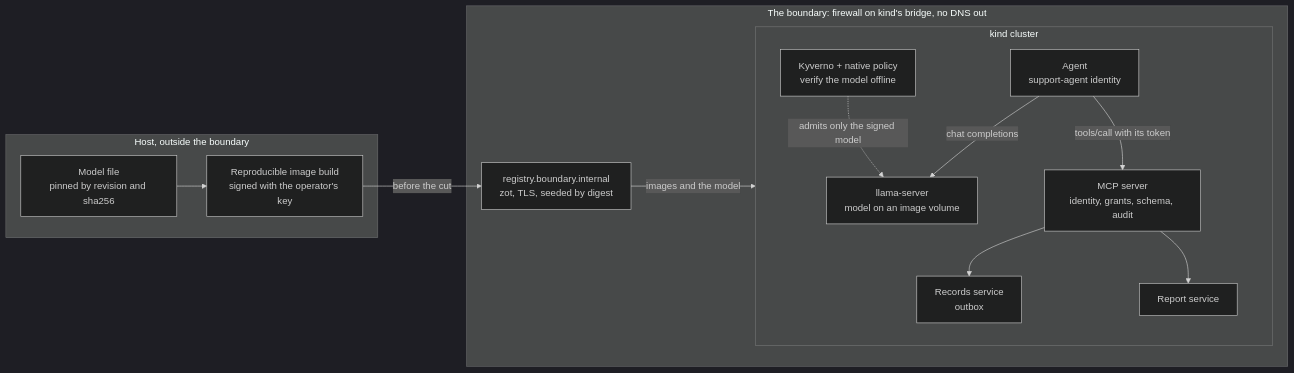
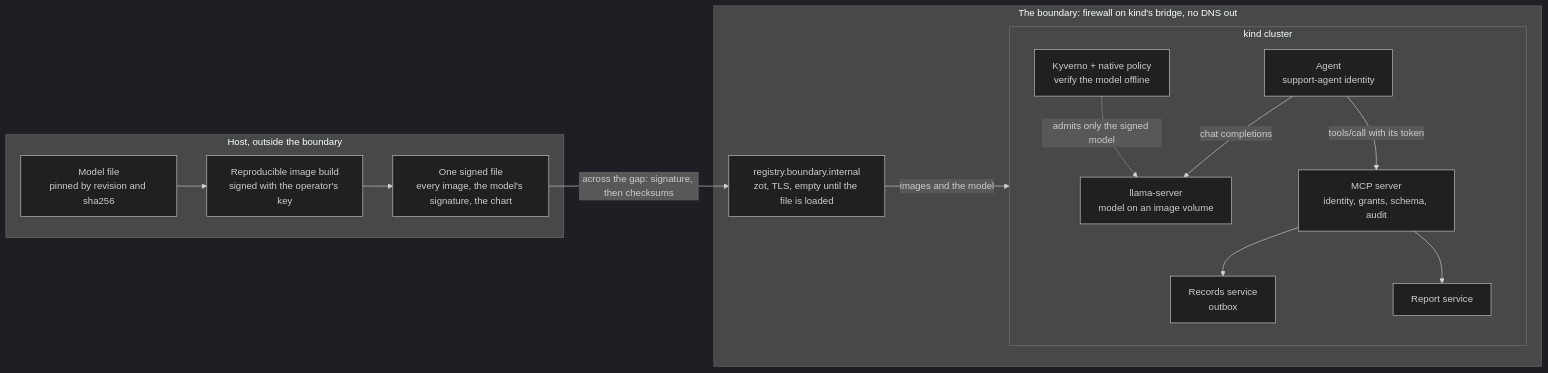
One commit to heyvaldemar/kubernetes-air-gapped-ai-agent changed the diagram in README.md. Above: the diagram before and after it, drawn with Mermaid (dark theme). The commit also changed other lines of this file and 4 other files, not shown here.

Commit message:
docs: the signed file across the gap, and the five days around it

````diff
--- a/README.md
+++ b/README.md
@@ -67,24 +67,25 @@
 ```mermaid
 flowchart LR
   subgraph host["Host, outside the boundary"]
     hf["Model file<br/>pinned by revision and sha256"] --> build["Reproducible image build<br/>signed with the operator's key"]
+    build --> file["One signed file<br/>every image, the model's signature, the chart"]
   end
   subgraph boundary["The boundary: firewall on kind's bridge, no DNS out"]
-    reg["registry.boundary.internal<br/>zot, TLS, seeded by digest"]
+    reg["registry.boundary.internal<br/>zot, TLS, empty until the file is loaded"]
     subgraph cluster["kind cluster"]
       kyv["Kyverno + native policy<br/>verify the model offline"]
       llm["llama-server<br/>model on an image volume"]
       agent["Agent<br/>support-agent identity"]
       mcp["MCP server<br/>identity, grants, schema, audit"]
       rec["Records service<br/>outbox"]
       rep["Report service"]
     end
   end
-  build -->|"before the cut"| reg
+  file -->|"across the gap: signature, then checksums"| reg
   reg -->|"images and the model"| cluster
   kyv -. "admits only the signed model" .-> llm
   agent -->|"chat completions"| llm
   agent -->|"tools/call with its token"| mcp
   mcp --> rec
   mcp --> rep
 ```
````
